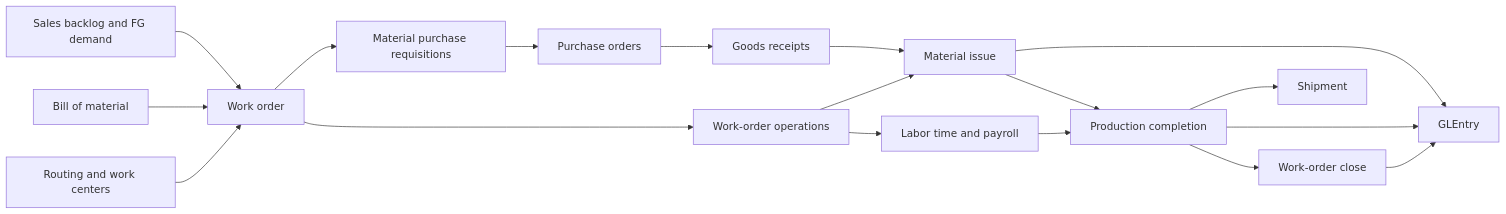
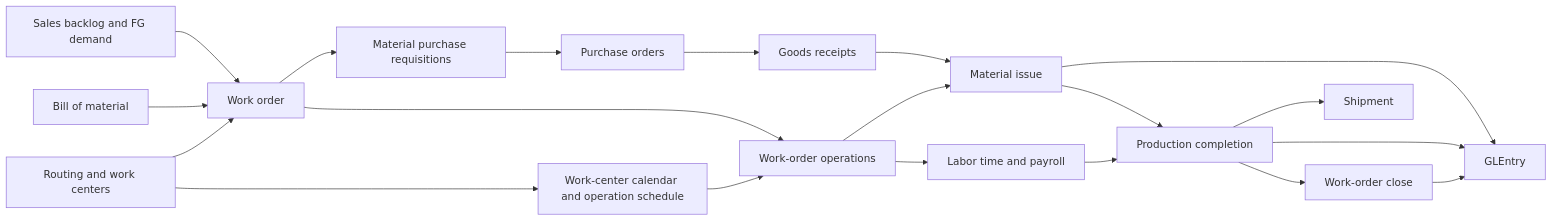
Before and after one commit to mmcodesso/greenfield_database: the diagram in docs/processes/manufacturing.md, drawn with Mermaid. The commit also changed other lines of this file and 35 other files, not shown here.

````diff
--- a/docs/processes/manufacturing.md
+++ b/docs/processes/manufacturing.md
@@ -19,33 +19,36 @@
 ```mermaid
 flowchart LR
     SO[Sales backlog and FG demand]
     PR[Material purchase requisitions]
     PO[Purchase orders]
     GR[Goods receipts]
     BOM[Bill of material]
     RT[Routing and work centers]
+    CAL[Work-center calendar and operation schedule]
     WO[Work order]
     WOO[Work-order operations]
     MI[Material issue]
     LT[Labor time and payroll]
     PC[Production completion]
     WC[Work-order close]
     SH[Shipment]
     GL[GLEntry]
 
     SO --> WO
     BOM --> WO
     RT --> WO
+    RT --> CAL
     WO --> PR
     WO --> WOO
+    CAL --> WOO
     PR --> PO --> GR --> MI
     WOO --> MI
     WOO --> LT
     MI --> PC
     LT --> PC
     PC --> WC
     PC --> SH
     MI --> GL
     PC --> GL
     WC --> GL
 ```
````
